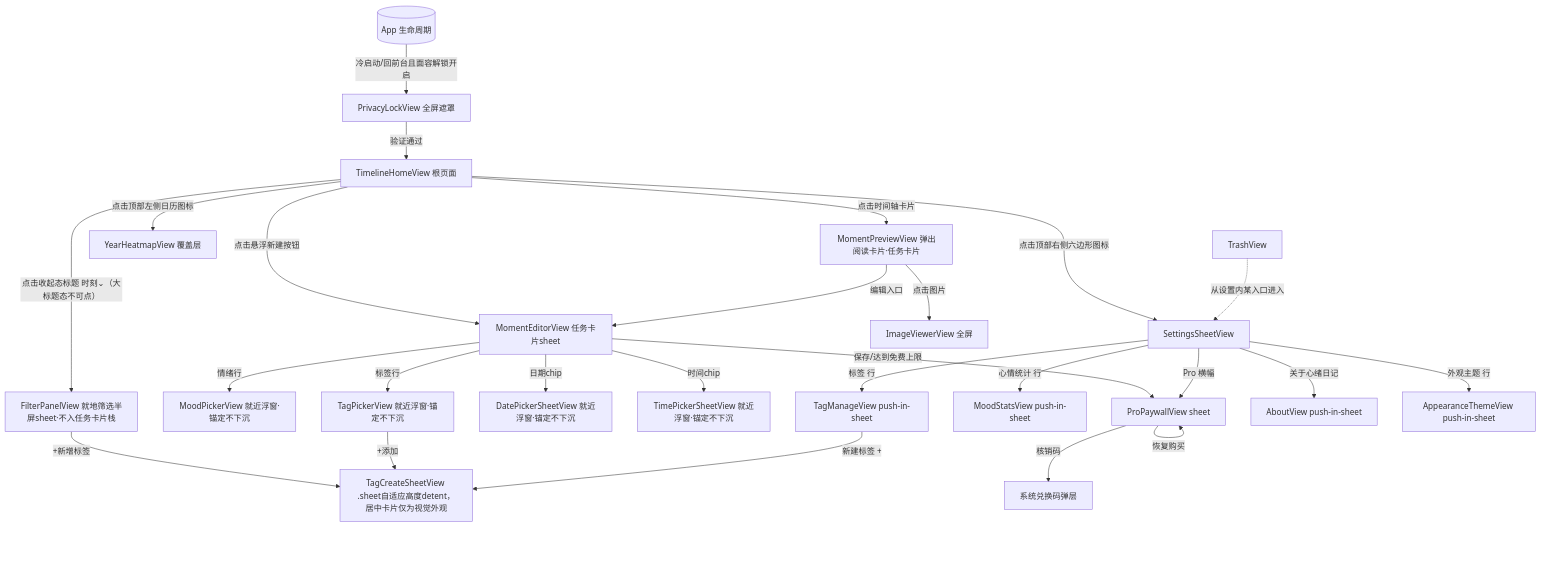
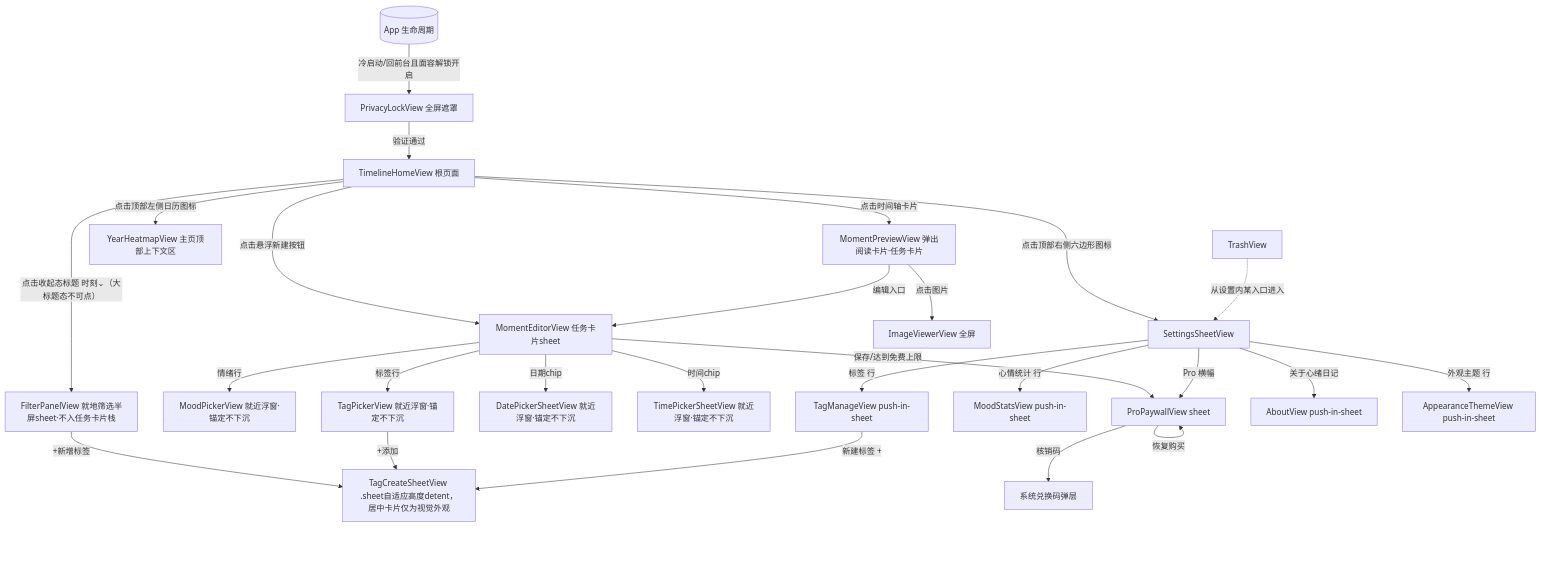
The diagram in docs/design/02-information-architecture.md (amuqiao/HeatMoment2), drawn with Mermaid before and after one commit. The commit also changed other lines of this file and 9 other files, not shown here.

````diff
--- a/docs/design/02-information-architecture.md
+++ b/docs/design/02-information-architecture.md
@@ -31,33 +31,33 @@
 ```mermaid
 flowchart TD
     Root[TimelineHomeView 根页面] -->|点击悬浮新建按钮| Editor[MomentEditorView 任务卡片sheet]
     Root -->|点击时间轴卡片| Preview[MomentPreviewView 弹出阅读卡片·任务卡片]
-    Root -->|点击顶部左侧日历图标| Heatmap[YearHeatmapView 覆盖层]
+    Root -->|点击顶部左侧日历图标| Heatmap[YearHeatmapView 主页顶部上下文区]
     Root -->|点击收起态标题 时刻⌄（大标题态不可点）| Filter[FilterPanelView 就地筛选半屏sheet·不入任务卡片栈]
     Root -->|点击顶部右侧六边形图标| Settings[SettingsSheetView]
 
     Filter -->|+新增标签| TagCreate
     Editor -->|情绪行| MoodPicker[MoodPickerView 就近浮窗·锚定不下沉]
     Editor -->|标签行| TagPicker[TagPickerView 就近浮窗·锚定不下沉]
     TagPicker -->|+添加| TagCreate[TagCreateSheetView .sheet自适应高度detent，居中卡片仅为视觉外观]
     Editor -->|日期chip| DatePicker[DatePickerSheetView 就近浮窗·锚定不下沉]
     Editor -->|时间chip| TimePicker[TimePickerSheetView 就近浮窗·锚定不下沉]
     Editor -->|保存/达到免费上限| Paywall[ProPaywallView sheet]
 
     Preview -->|编辑入口| Editor
     Preview -->|点击图片| ImageViewer[ImageViewerView 全屏]
 
     Settings -->|Pro 横幅| Paywall
     Settings -->|心情统计 行| Stats[MoodStatsView push-in-sheet]
     Settings -->|标签 行| TagManage[TagManageView push-in-sheet]
     Settings -->|关于心绪日记| About[AboutView push-in-sheet]
     Settings -->|外观主题 行| Appearance[AppearanceThemeView push-in-sheet]
     TagManage -->|新建标签 +| TagCreate
     Paywall -->|核销码| SystemRedeem[系统兑换码弹层]
     Paywall -->|恢复购买| Paywall
 
     Trash[TrashView] -.从设置内某入口进入.-> Settings
 
     App[(App 生命周期)] -->|冷启动/回前台且面容解锁开启| Lock[PrivacyLockView 全屏遮罩]
     Lock -->|验证通过| Root
 ```
````
